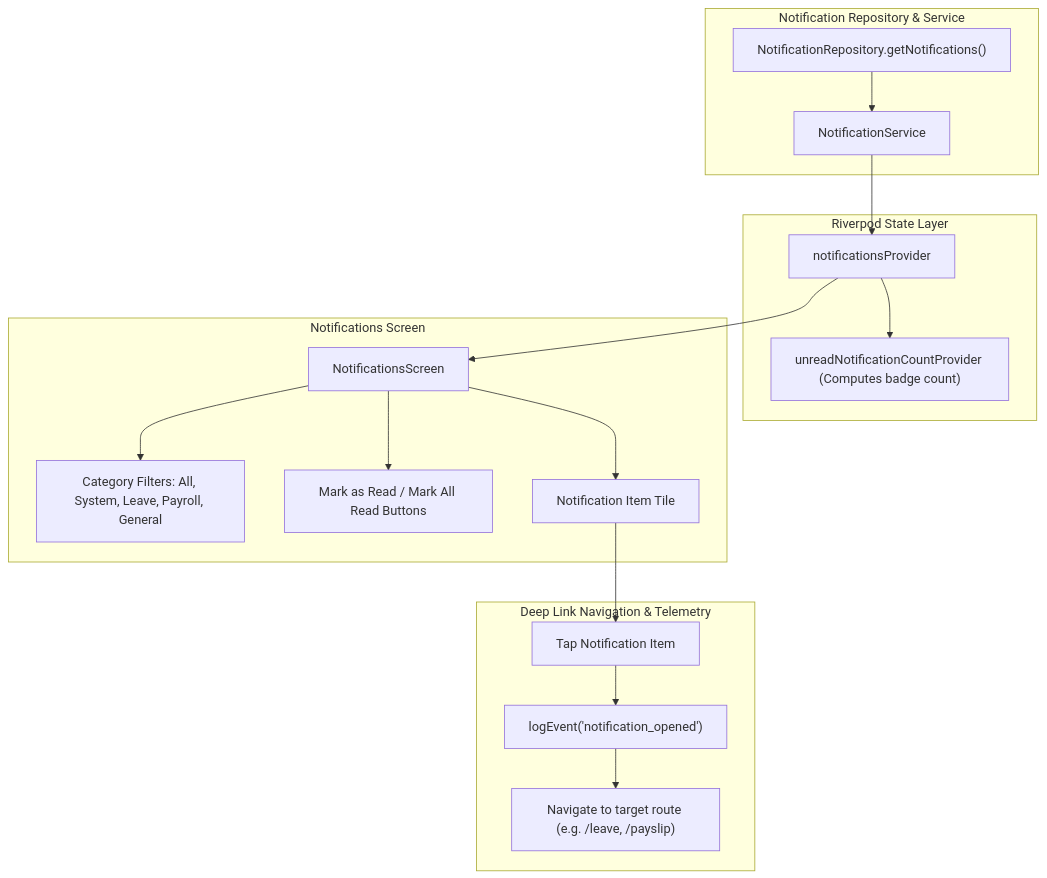
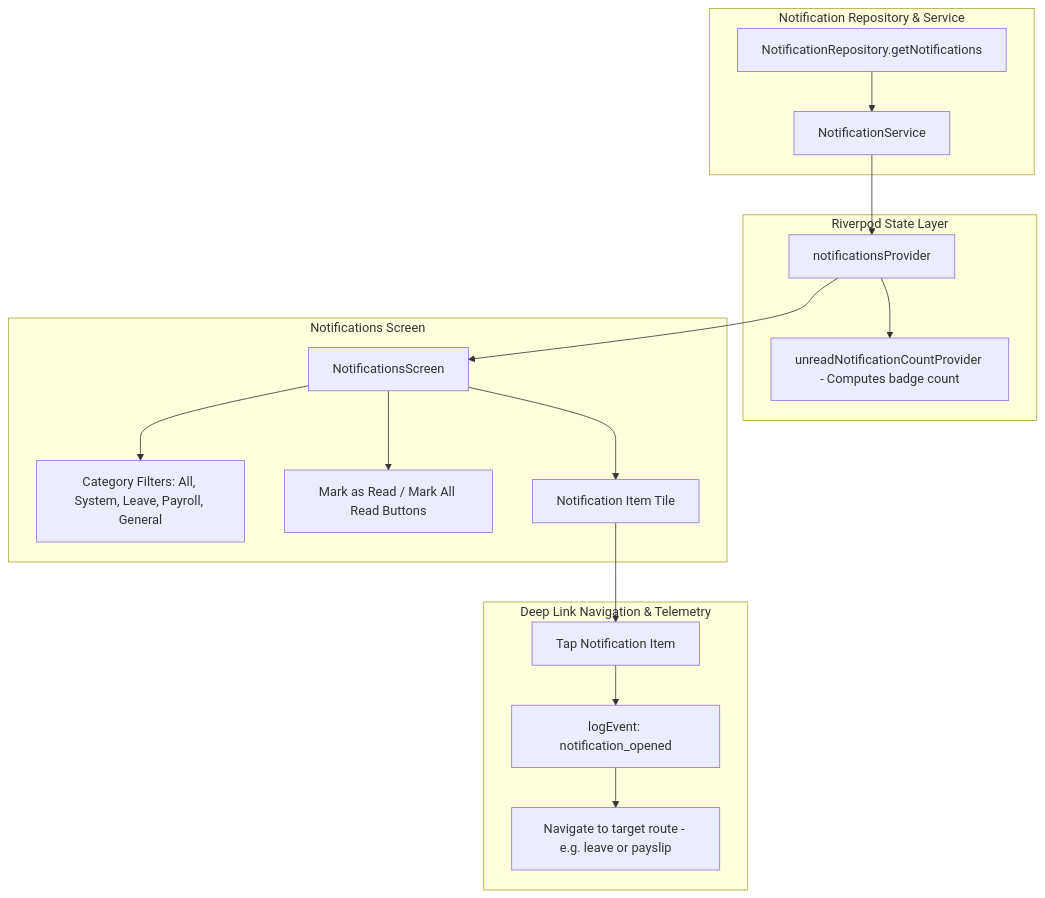
Before and after one commit to Aravindan-001/icore-ess: diagram 12 of 15 in ARCHITECTURE.md, drawn with Mermaid. The commit also changed other lines of this file, not shown here.

Commit message:
docs: fix Mermaid architecture rendering

````diff
--- a/ARCHITECTURE.md
+++ b/ARCHITECTURE.md
@@ -637,38 +637,38 @@
 ```mermaid
 flowchart TD
     subgraph Data_Layer ["Notification Repository & Service"]
-        REPO["NotificationRepository.getNotifications()"]
+        REPO["NotificationRepository.getNotifications"]
         SVC["NotificationService"]
     end
 
     subgraph Providers ["Riverpod State Layer"]
         NOTIF_PROV["notificationsProvider"]
-        UNREAD_COUNT["unreadNotificationCountProvider (Computes badge count)"]
+        UNREAD_COUNT["unreadNotificationCountProvider - Computes badge count"]
     end
 
     subgraph UI_Layer ["Notifications Screen"]
         SCREEN["NotificationsScreen"]
         CAT_FILTER["Category Filters: All, System, Leave, Payroll, General"]
         MARK_READ["Mark as Read / Mark All Read Buttons"]
         LIST["Notification Item Tile"]
     end
 
     subgraph Navigation ["Deep Link Navigation & Telemetry"]
         TAP_ITEM["Tap Notification Item"]
-        LOG_EVENT["logEvent('notification_opened')"]
-        NAV_ROUTE["Navigate to target route (e.g. /leave, /payslip)"]
+        LOG_EVENT["logEvent: notification_opened"]
+        NAV_ROUTE["Navigate to target route - e.g. leave or payslip"]
     end
 
     REPO --> SVC
     SVC --> NOTIF_PROV
     NOTIF_PROV --> UNREAD_COUNT
     NOTIF_PROV --> SCREEN
 
     SCREEN --> CAT_FILTER
     SCREEN --> MARK_READ
     SCREEN --> LIST
 
     LIST --> TAP_ITEM
     TAP_ITEM --> LOG_EVENT
     LOG_EVENT --> NAV_ROUTE
 ```
````
